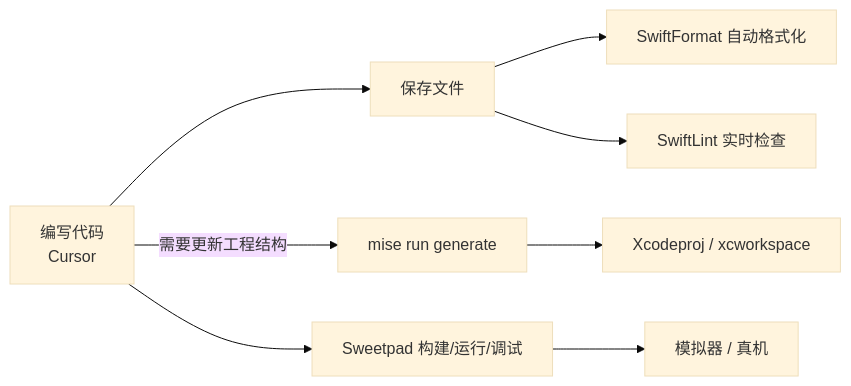
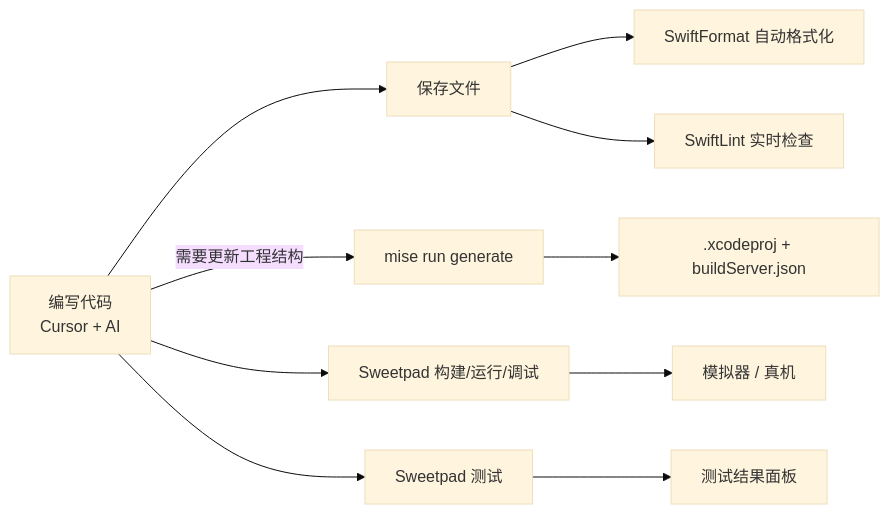
The fourth of 4 diagrams in docs/posts/SwiftUI 开发新范式与工具链指南.md (helloAhao096/helloahao096.github.io), drawn with Mermaid (base theme) before and after one commit. The commit also changed other lines of this file, not shown here.

````diff
--- a/docs/posts/SwiftUI 开发新范式与工具链指南.md
+++ b/docs/posts/SwiftUI 开发新范式与工具链指南.md
@@ -333,10 +423,12 @@
 ```mermaid
 flowchart LR
-    Dev[编写代码<br/>Cursor] --> Save[保存文件]
+    Dev[编写代码<br/>Cursor + AI] --> Save[保存文件]
     Save --> Format[SwiftFormat 自动格式化]
     Save --> Lint[SwiftLint 实时检查]
     Dev -->|需要更新工程结构| Generate[mise run generate]
-    Generate --> Xcodeproj[Xcodeproj / xcworkspace]
-    Dev --> Sweetpad[Sweetpad 构建/运行/调试]
-    Sweetpad --> Simulator[模拟器 / 真机]
+    Generate --> Xcodeproj[.xcodeproj + buildServer.json]
+    Dev --> Build[Sweetpad 构建/运行/调试]
+    Build --> Simulator[模拟器 / 真机]
+    Dev --> Test[Sweetpad 测试]
+    Test --> Result[测试结果面板]
 ```
````
